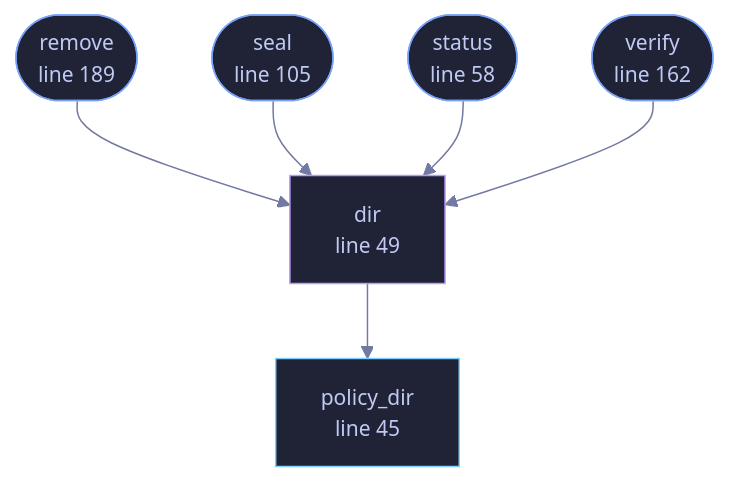
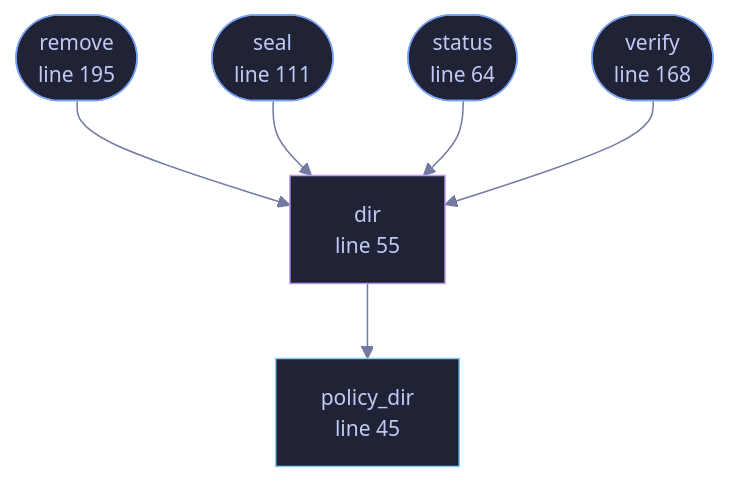
One commit to tilas01/veilvoice changed the diagram in docs/files/veilvoice-cli/policy.md. Above: the diagram before and after it, drawn with Mermaid. The commit also changed other lines of this file and 85 other files, not shown here.

````diff
--- a/docs/files/veilvoice-cli/policy.md
+++ b/docs/files/veilvoice-cli/policy.md
@@ -91,27 +91,27 @@
 ```mermaid
 %%{init: {"theme":"base","themeVariables":{"background":"#1a1b26","primaryColor":"#1f2335","primaryTextColor":"#c0caf5","primaryBorderColor":"#7aa2f7","secondaryColor":"#16161e","tertiaryColor":"#16161e","lineColor":"#737aa2","textColor":"#c0caf5","mainBkg":"#1f2335","nodeBorder":"#7aa2f7","clusterBkg":"#16161e","clusterBorder":"#2f3549","fontFamily":"ui-monospace, SFMono-Regular, Consolas, monospace","fontSize":"14px"}}}%%
 flowchart TD
     n_policy_dir["policy_dir<br/>line 45"]
-    n_dir["dir<br/>line 49"]
-    n_status(["status<br/>line 58"])
-    n_seal(["seal<br/>line 105"])
-    n_verify(["verify<br/>line 162"])
-    n_remove(["remove<br/>line 189"])
+    n_dir["dir<br/>line 55"]
+    n_status(["status<br/>line 64"])
+    n_seal(["seal<br/>line 111"])
+    n_verify(["verify<br/>line 168"])
+    n_remove(["remove<br/>line 195"])
     n_dir --> n_policy_dir
     n_remove --> n_dir
     n_seal --> n_dir
     n_status --> n_dir
     n_verify --> n_dir
     click n_policy_dir href "https://github.com/tilas01/veilvoice/blob/main/crates/veilvoice-cli/src/policy.rs#L45" "open the source"
-    click n_dir href "https://github.com/tilas01/veilvoice/blob/main/crates/veilvoice-cli/src/policy.rs#L49" "open the source"
-    click n_status href "https://github.com/tilas01/veilvoice/blob/main/crates/veilvoice-cli/src/policy.rs#L58" "open the source"
-    click n_seal href "https://github.com/tilas01/veilvoice/blob/main/crates/veilvoice-cli/src/policy.rs#L105" "open the source"
-    click n_verify href "https://github.com/tilas01/veilvoice/blob/main/crates/veilvoice-cli/src/policy.rs#L162" "open the source"
-    click n_remove href "https://github.com/tilas01/veilvoice/blob/main/crates/veilvoice-cli/src/policy.rs#L189" "open the source"
+    click n_dir href "https://github.com/tilas01/veilvoice/blob/main/crates/veilvoice-cli/src/policy.rs#L55" "open the source"
+    click n_status href "https://github.com/tilas01/veilvoice/blob/main/crates/veilvoice-cli/src/policy.rs#L64" "open the source"
+    click n_seal href "https://github.com/tilas01/veilvoice/blob/main/crates/veilvoice-cli/src/policy.rs#L111" "open the source"
+    click n_verify href "https://github.com/tilas01/veilvoice/blob/main/crates/veilvoice-cli/src/policy.rs#L168" "open the source"
+    click n_remove href "https://github.com/tilas01/veilvoice/blob/main/crates/veilvoice-cli/src/policy.rs#L195" "open the source"
     classDef entry fill:#1f2335,stroke:#7aa2f7,color:#c0caf5
     class n_status,n_seal,n_verify,n_remove entry
     classDef api fill:#1f2335,stroke:#7dcfff,color:#c0caf5
     class n_policy_dir api
     classDef helper fill:#1f2335,stroke:#bb9af7,color:#c0caf5
     class n_dir helper
 ```
````
